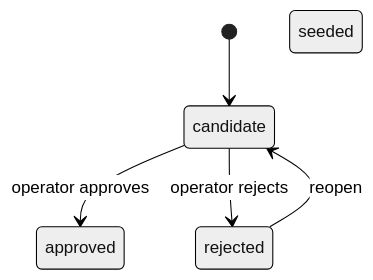
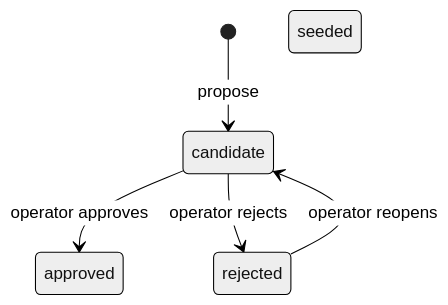
The diagram in src/content/docs/engine/engine-impl/catalog-lifecycle.md (stemolly/wiki), drawn with Mermaid (neutral theme) before and after one commit. The commit also changed other lines of this file and 57 other files, not shown here.

````diff
--- a/src/content/docs/engine/engine-impl/catalog-lifecycle.md
+++ b/src/content/docs/engine/engine-impl/catalog-lifecycle.md
@@ -69,8 +26,8 @@
 ```mermaid
 stateDiagram-v2
-    [*] --> candidate
-    candidate --> approved: operator approves
-    candidate --> rejected: operator rejects
-    rejected --> candidate: reopen
+    [*] --> candidate : propose
+    candidate --> approved : operator approves
+    candidate --> rejected : operator rejects
+    rejected --> candidate : operator reopens
     seeded
 ```
````
